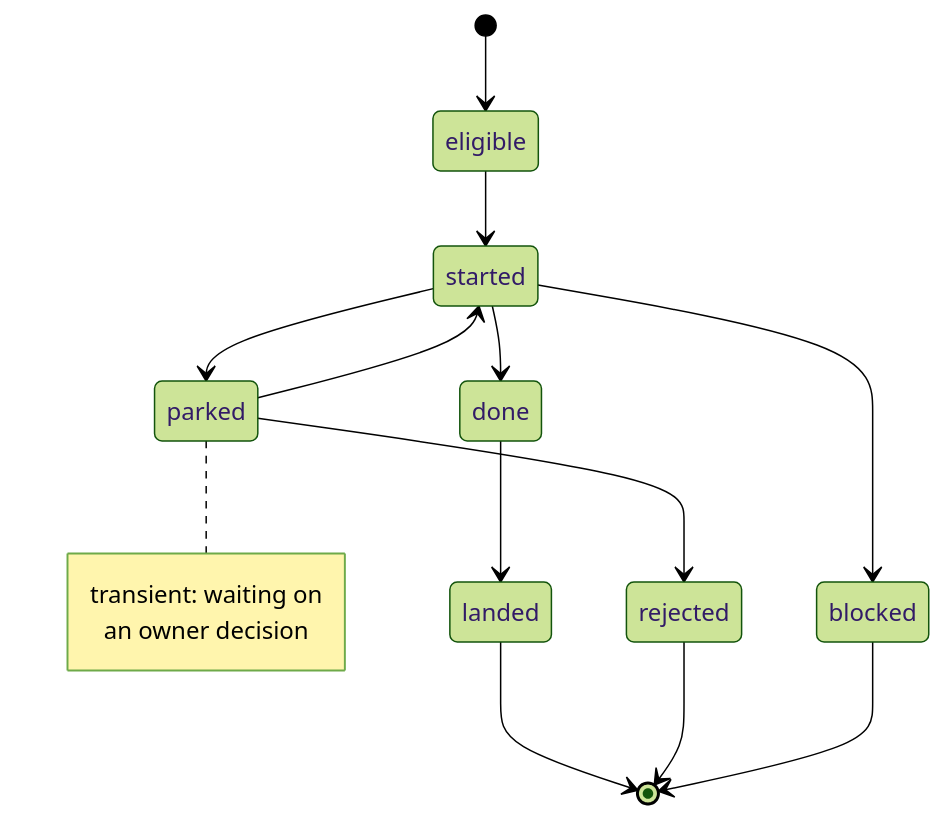
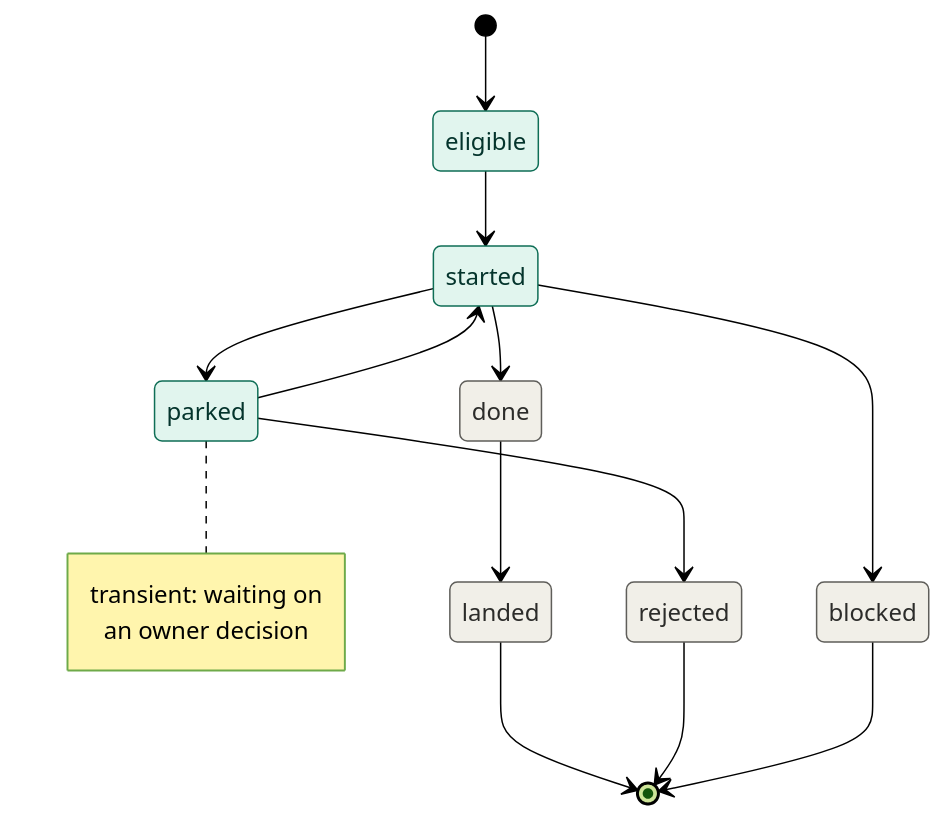
The diagram in docs/design/core/orchestration.md (agentic-workflow-kit/jig), drawn with Mermaid (forest theme) before and after one commit. The commit also changed 8 other files, not shown here.

First line of the commit message:
docs: style design-layer diagrams by category

````diff
--- a/docs/design/core/orchestration.md
+++ b/docs/design/core/orchestration.md
@@ -33,19 +33,24 @@
 ```mermaid
 stateDiagram-v2
     [*] --> eligible
     eligible --> started
     started --> parked
     parked --> started
     started --> done
     parked --> rejected
     started --> blocked
     done --> landed
     landed --> [*]
     rejected --> [*]
     blocked --> [*]
 
     note right of parked
         transient: waiting on
         an owner decision
     end note
+
+    classDef active fill:#E1F5EE,stroke:#0F6E56,color:#04342C;
+    classDef terminal fill:#F1EFE8,stroke:#5F5E5A,color:#2C2C2A;
+    class eligible,started,parked active
+    class done,landed,rejected,blocked terminal
 ```
````
